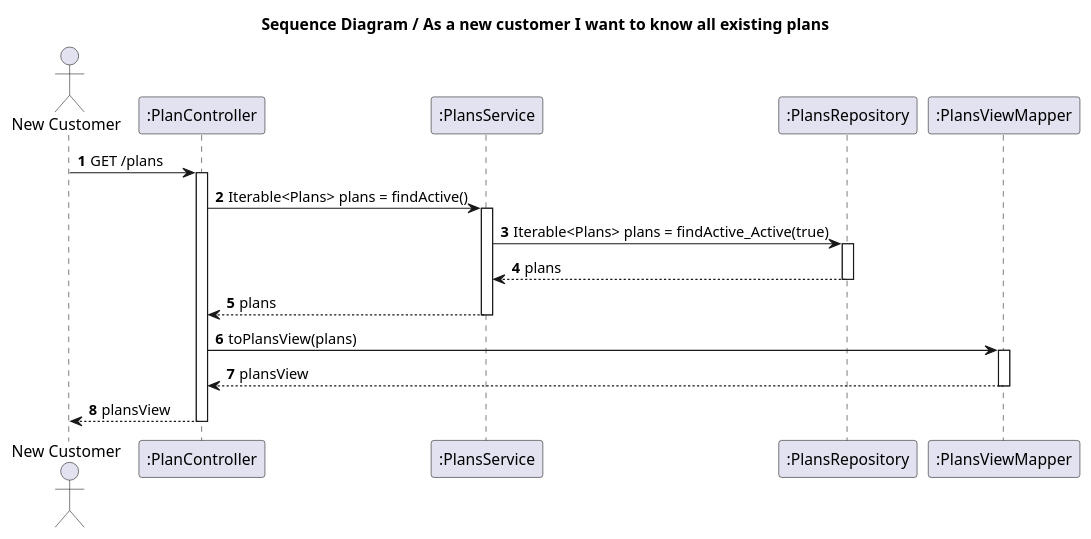
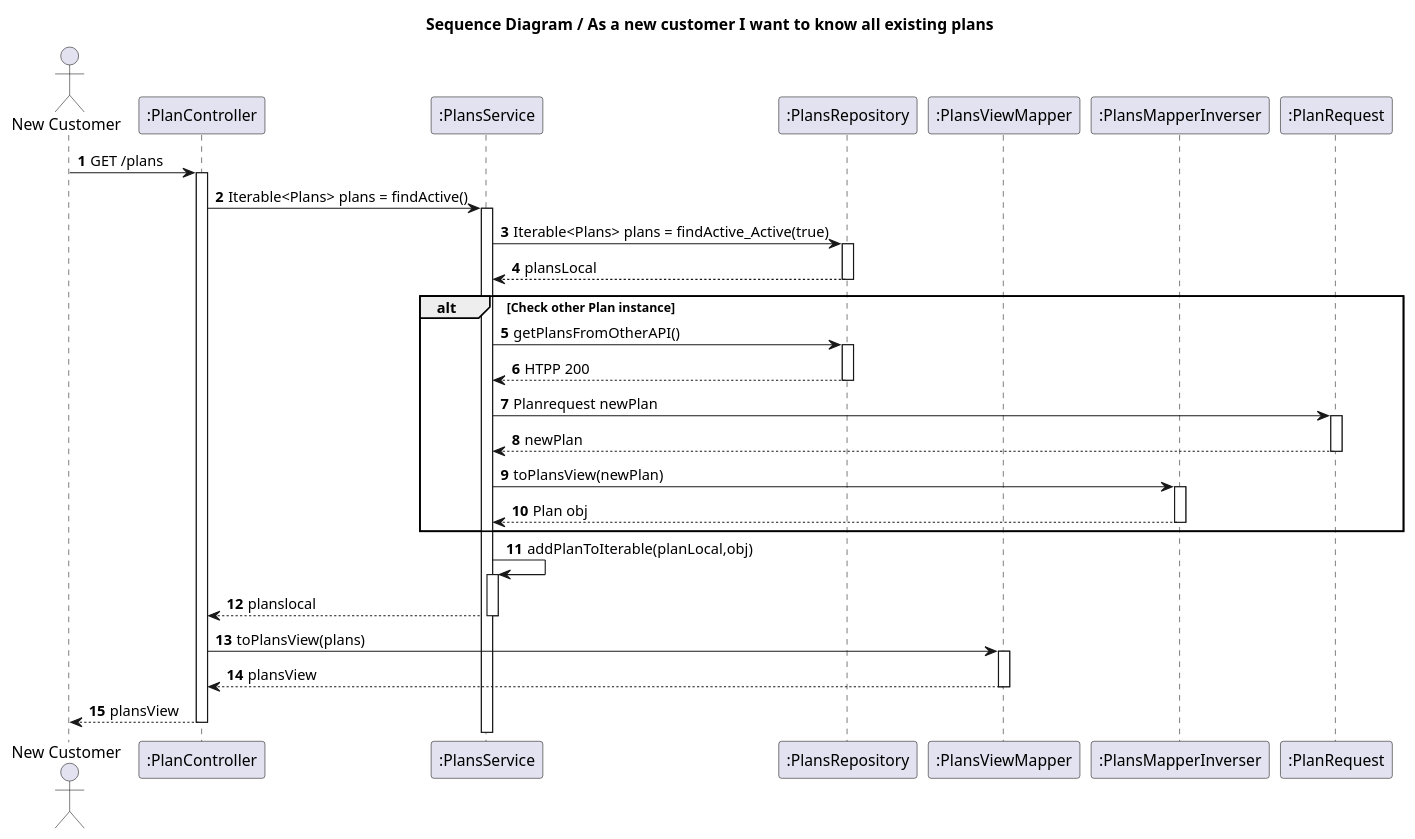
One commit to IsepMartimOliveira/SIDIS changed the diagram in docs_sidis/Plans/WP#1A/US04/US04/SD.puml. Above: the diagram before and after it, drawn with PlantUML. The commit also changed 5 other files, not shown here.

```diff
--- a/docs_sidis/Plans/WP#1A/US04/US04/SD.puml
+++ b/docs_sidis/Plans/WP#1A/US04/US04/SD.puml
@@ -1,25 +1,39 @@
 @startuml
 'https://plantuml.com/sequence-diagram
 autoactivate on
 autonumber
 title  Sequence Diagram / As a new customer I want to know all existing plans
 
 autonumber
 
 actor "New Customer" as Ac
 participant ":PlanController" as Ctrl
 participant ":PlansService" as Serv
 participant ":PlansRepository" as Repo
 participant ":PlansViewMapper" as View
+participant ":PlansMapperInverser" as ViewInverser
+participant ":PlanRequest" as Request
+
 
 Ac -> Ctrl : GET /plans
 Ctrl -> Serv :Iterable<Plans> plans = findActive()
 
 Serv -> Repo :Iterable<Plans> plans = findActive_Active(true)
-Repo --> Serv: plans
-Serv -->Ctrl: plans
+Repo --> Serv: plansLocal
+alt Check other Plan instance
+Serv ->Repo: getPlansFromOtherAPI()
+Repo-->Serv:HTPP 200
+Serv -> Request : Planrequest newPlan
+Request --> Serv: newPlan
+Serv -> ViewInverser : toPlansView(newPlan)
+ViewInverser --> Serv: Plan obj
+end
+Serv->Serv:addPlanToIterable(planLocal,obj)
+Serv -->Ctrl: planslocal
+
 Ctrl ->View: toPlansView(plans)
 View -->Ctrl: plansView
 Ac <-- Ctrl : plansView
 
+
 @enduml
```
